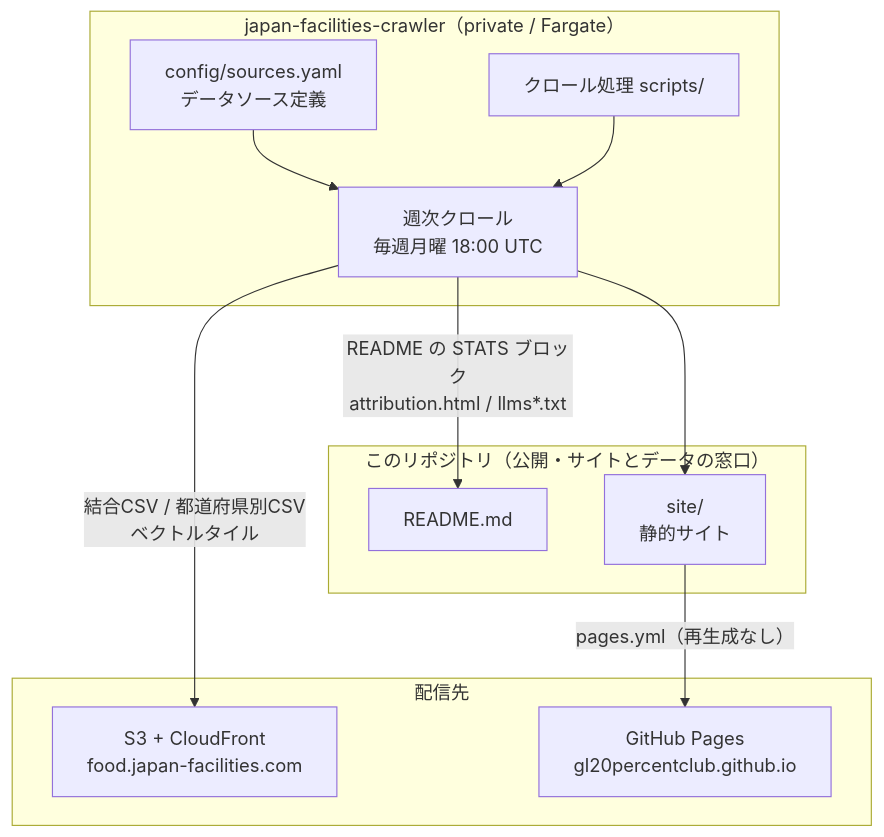
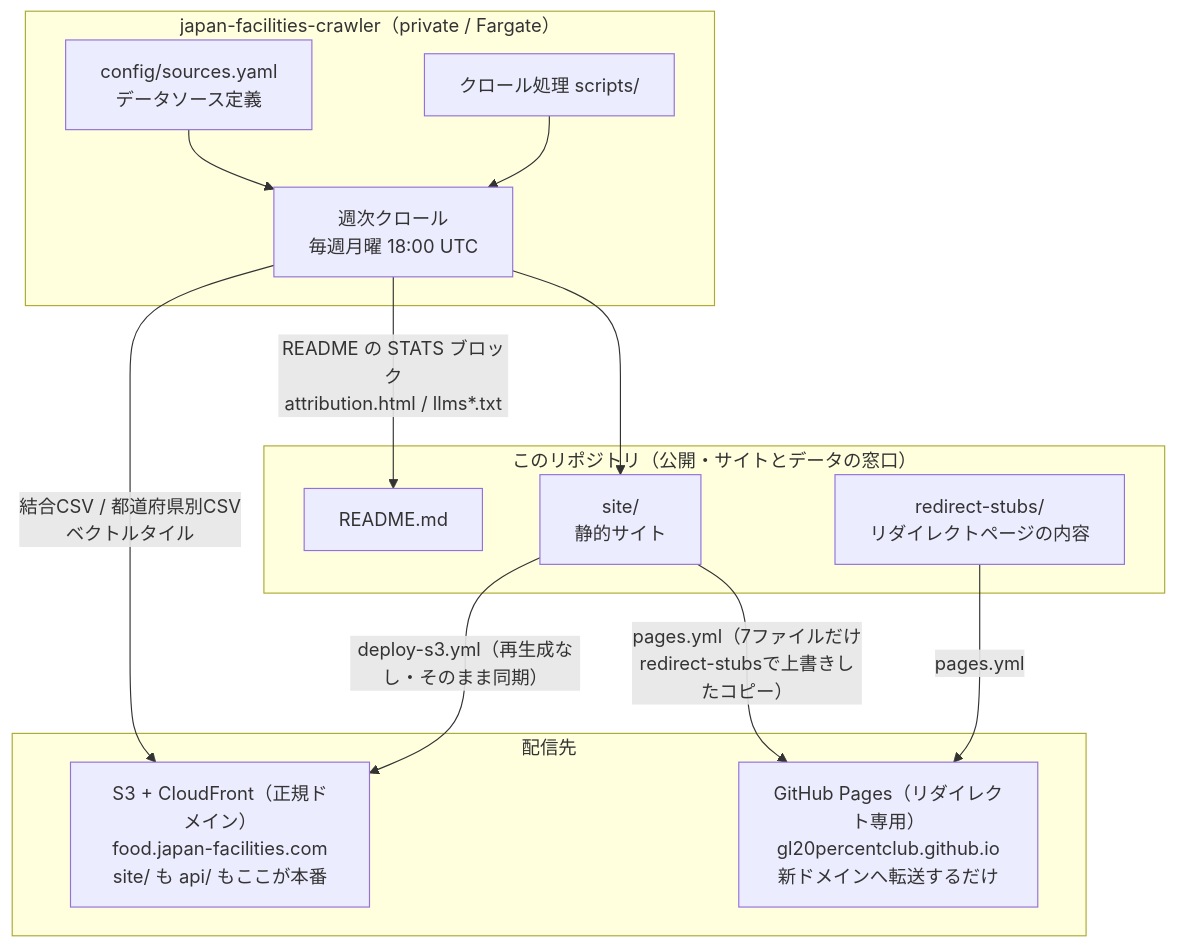
One commit to gl20percentclub/japan-food-facilities changed the diagram in docs/ARCHITECTURE.md. Above: the diagram before and after it, drawn with Mermaid. The commit also changed other lines of this file and 4 other files, not shown here.

First line of the commit message:
docs: 配信構成の記述をGitHub PagesからS3+CloudFrontへの実態に修正する

````diff
--- a/docs/ARCHITECTURE.md
+++ b/docs/ARCHITECTURE.md
@@ -8,26 +8,29 @@
 ```mermaid
 flowchart TB
   subgraph pub["このリポジトリ（公開・サイトとデータの窓口）"]
     readme["README.md"]
     site["site/<br/>静的サイト"]
+    stubs["redirect-stubs/<br/>リダイレクトページの内容"]
   end
 
   subgraph crawler["japan-facilities-crawler（private / Fargate）"]
     yaml["config/sources.yaml<br/>データソース定義"]
     code["クロール処理 scripts/"]
     run["週次クロール<br/>毎週月曜 18:00 UTC"]
   end
 
   subgraph delivery["配信先"]
-    s3["S3 + CloudFront<br/>food.japan-facilities.com"]
-    ghp["GitHub Pages<br/>gl20percentclub.github.io"]
+    s3["S3 + CloudFront（正規ドメイン）<br/>food.japan-facilities.com<br/>site/ も api/ もここが本番"]
+    ghp["GitHub Pages（リダイレクト専用）<br/>gl20percentclub.github.io<br/>新ドメインへ転送するだけ"]
   end
 
   yaml --> run
   code --> run
   run -->|"結合CSV / 都道府県別CSV<br/>ベクトルタイル"| s3
   run -->|"README の STATS ブロック<br/>attribution.html / llms*.txt"| readme
   run --> site
 
-  site -->|"pages.yml（再生成なし）"| ghp
+  site -->|"deploy-s3.yml（再生成なし・そのまま同期）"| s3
+  site -->|"pages.yml（7ファイルだけ<br/>redirect-stubsで上書きしたコピー）"| ghp
+  stubs -->|"pages.yml"| ghp
 ```
````
